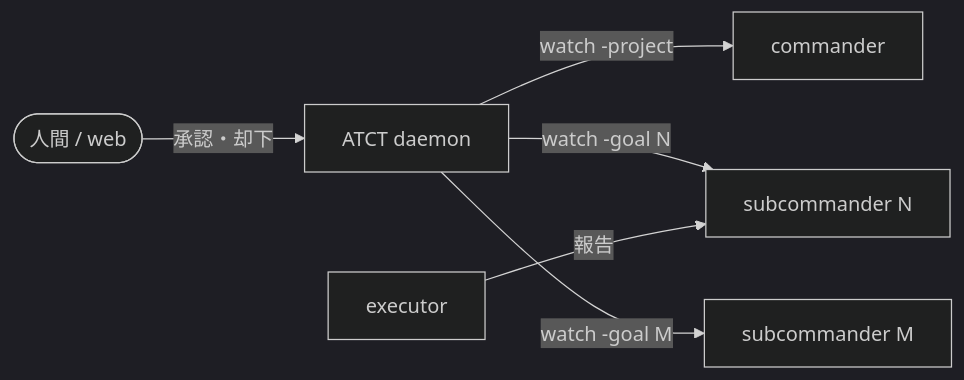
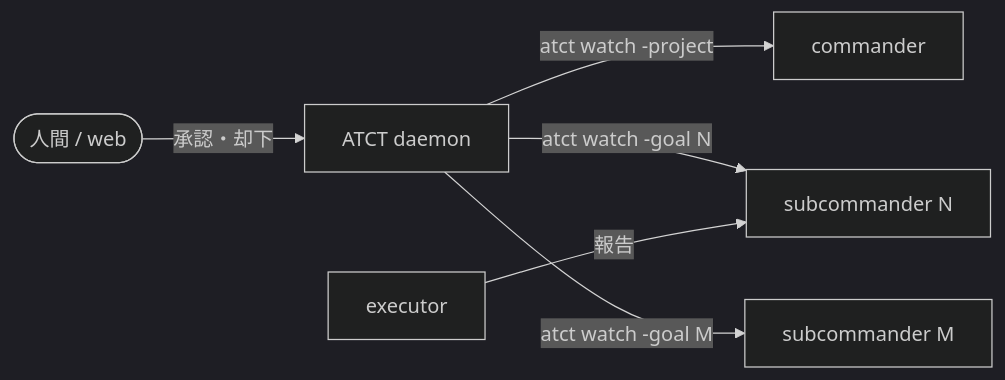
Before and after one commit to michiomochi/atct: the second of 2 diagrams in doc/execution-flow.md, drawn with Mermaid (dark theme). The commit also changed other lines of this file, not shown here.

Commit message:
docs: put the goal id back on the watch step
The rewrite shortened it to 'atct watch を張る' and dropped the argument,
which is the part that matters: a subcommander passes only its own goal.
Notation is -goal, matching cmd/atct/main.go:87 and both skills.

````diff
--- a/doc/execution-flow.md
+++ b/doc/execution-flow.md
@@ -356,8 +356,8 @@
 ```mermaid
 flowchart LR
-    A[ATCT daemon] -->|watch -project| C[commander]
-    A -->|watch -goal N| S1[subcommander N]
-    A -->|watch -goal M| S2[subcommander M]
+    A[ATCT daemon] -->|atct watch -project| C[commander]
+    A -->|atct watch -goal N| S1[subcommander N]
+    A -->|atct watch -goal M| S2[subcommander M]
     H([人間 / web]) -->|承認・却下| A
     E[executor] -->|報告| S1
 ```
````
